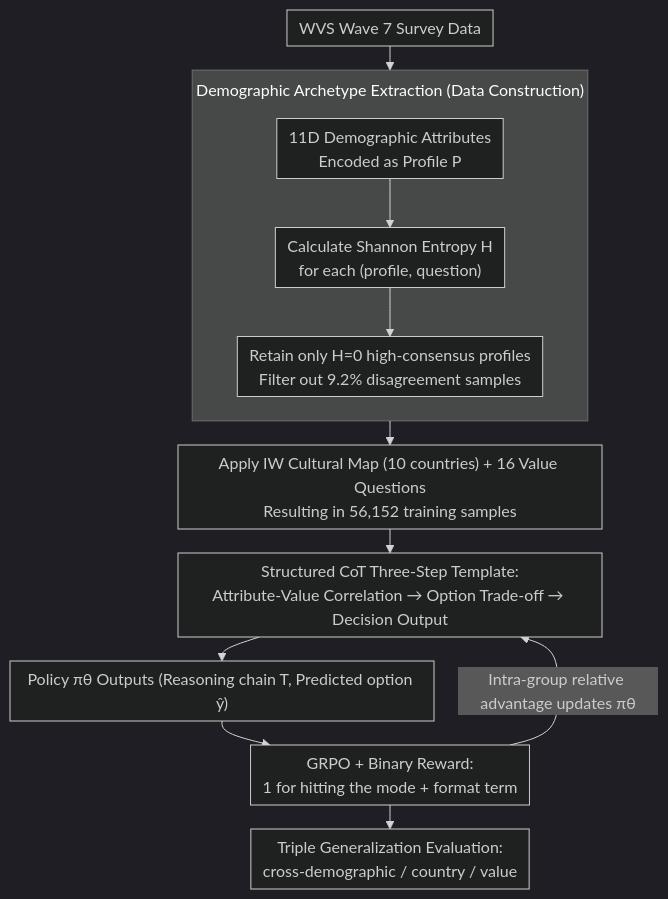
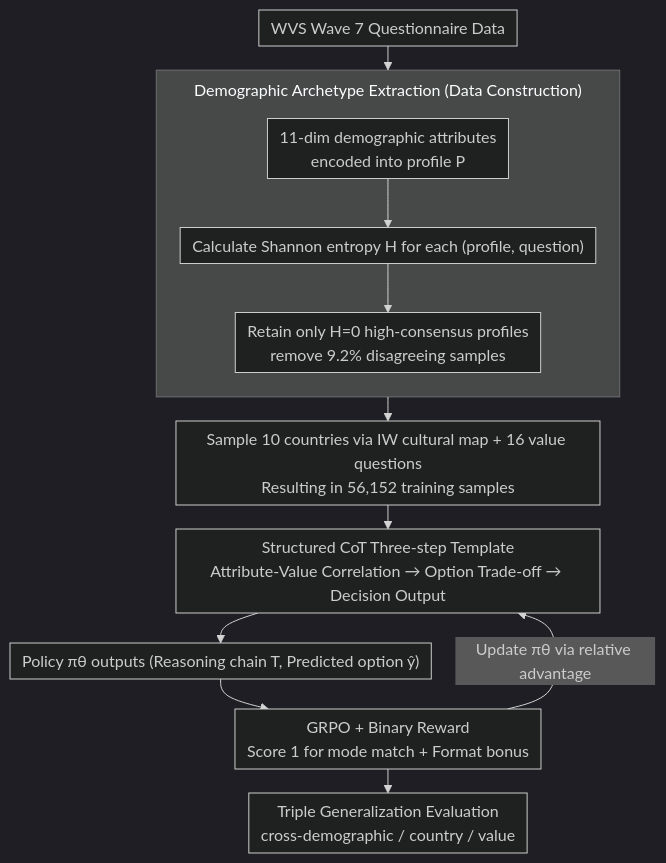
Before and after one commit to zhaoyang97/Paper-Notes-en: the diagram in docs/ACL2026/llm_reasoning/dvmap_fine-grained_pluralistic_value_alignment_via_high-consensus_demographic-va.md, drawn with Mermaid (dark theme). The commit also changed other lines of this file and 5084 other files, not shown here.

````diff
--- a/docs/ACL2026/llm_reasoning/dvmap_fine-grained_pluralistic_value_alignment_via_high-consensus_demographic-va.md
+++ b/docs/ACL2026/llm_reasoning/dvmap_fine-grained_pluralistic_value_alignment_via_high-consensus_demographic-va.md
@@ -45,16 +45,16 @@
 ```mermaid
 %%{init: {'flowchart': {'rankSpacing': 24, 'nodeSpacing': 28, 'padding': 6, 'wrappingWidth': 400, 'subGraphTitleMargin': {'top': 8, 'bottom': 16}}}}%%
 flowchart TD
-    A["WVS Wave 7 Survey Data"] --> DATA
+    A["WVS Wave 7 Questionnaire Data"] --> DATA
     subgraph DATA["Demographic Archetype Extraction (Data Construction)"]
         direction TB
-        B["11D Demographic Attributes<br/>Encoded as Profile P"] --> C["Calculate Shannon Entropy H<br/>for each (profile, question)"]
-        C --> D["Retain only H=0 high-consensus profiles<br/>Filter out 9.2% disagreement samples"]
+        B["11-dim demographic attributes<br/>encoded into profile P"] --> C["Calculate Shannon entropy H for each (profile, question)"]
+        C --> D["Retain only H=0 high-consensus profiles<br/>remove 9.2% disagreeing samples"]
     end
-    DATA --> E["Apply IW Cultural Map (10 countries) + 16 Value Questions<br/>Resulting in 56,152 training samples"]
-    E --> F["Structured CoT Three-Step Template:<br/>Attribute-Value Correlation → Option Trade-off → Decision Output"]
-    F --> G["Policy πθ Outputs (Reasoning chain T, Predicted option ŷ)"]
-    G --> H["GRPO + Binary Reward:<br/>1 for hitting the mode + format term"]
-    H -->|Intra-group relative advantage updates πθ| F
-    H --> I["Triple Generalization Evaluation:<br/>cross-demographic / country / value"]
+    DATA --> E["Sample 10 countries via IW cultural map + 16 value questions<br/>Resulting in 56,152 training samples"]
+    E --> F["Structured CoT Three-step Template<br/>Attribute-Value Correlation → Option Trade-off → Decision Output"]
+    F --> G["Policy πθ outputs (Reasoning chain T, Predicted option ŷ)"]
+    G --> H["GRPO + Binary Reward<br/>Score 1 for mode match + Format bonus"]
+    H -->|Update πθ via relative advantage| F
+    H --> I["Triple Generalization Evaluation<br/>cross-demographic / country / value"]
 ```
````
